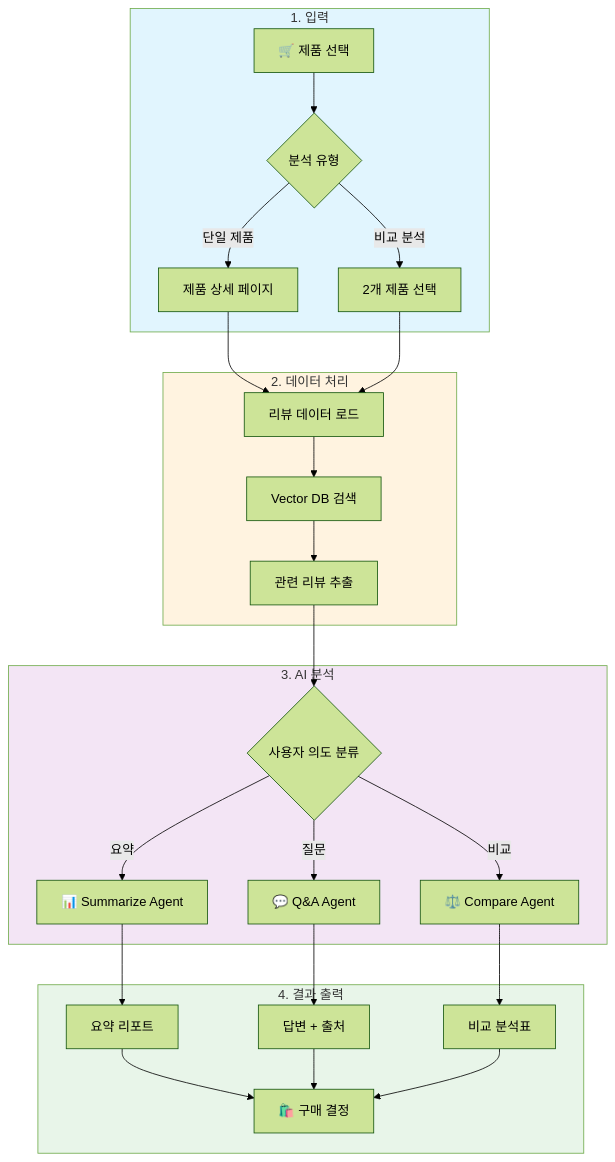
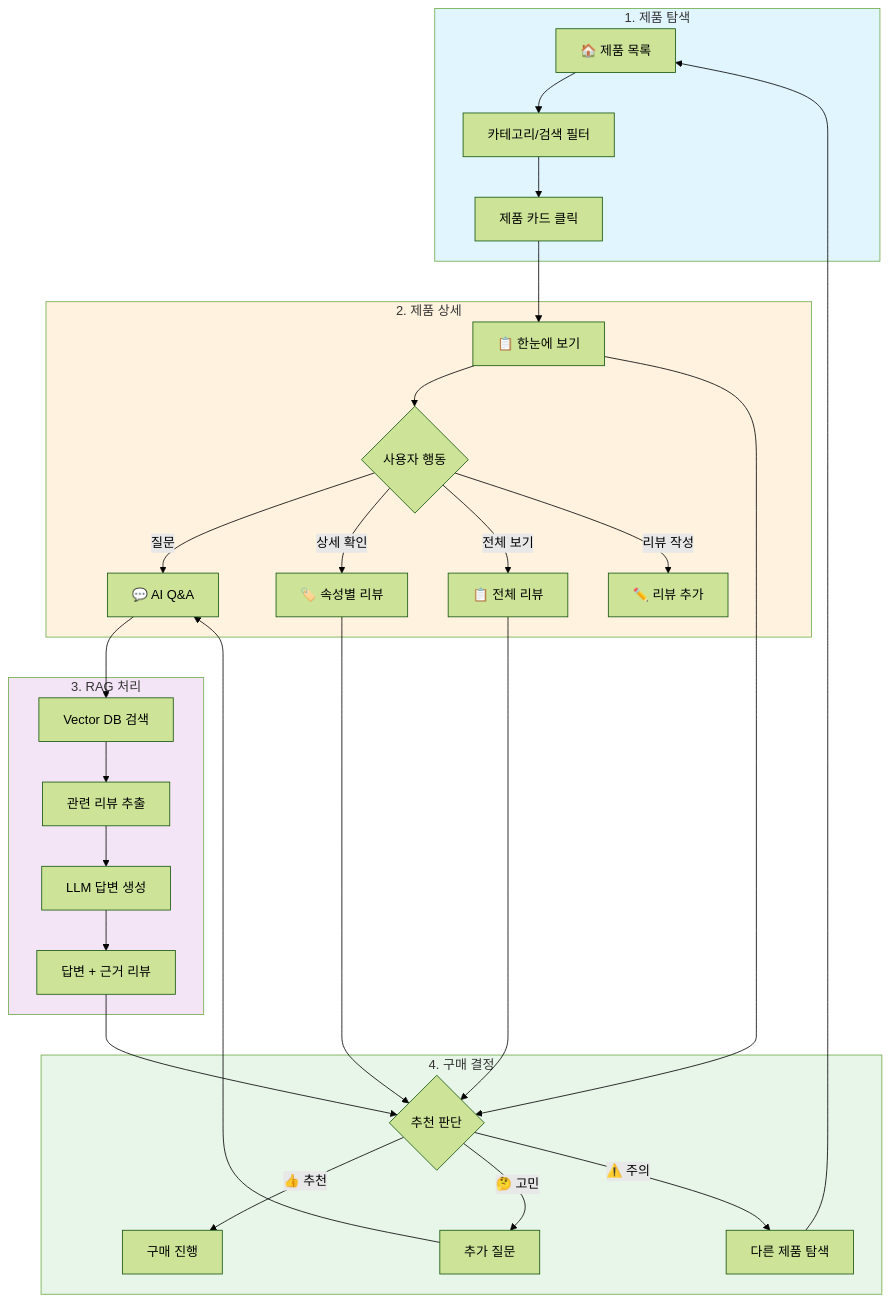
One commit to sammy0329/ai-review-analyst changed the first of 5 diagrams in docs/PRD.md. Above: the diagram before and after it, drawn with Mermaid (forest theme). The commit also changed other lines of this file, not shown here.

````diff
--- a/docs/PRD.md
+++ b/docs/PRD.md
@@ -204,36 +201,40 @@
 ```mermaid
 flowchart TD
-    subgraph Input["1. 입력"]
-        A[🛒 제품 선택] --> B{분석 유형}
-        B -->|단일 제품| C[제품 상세 페이지]
-        B -->|비교 분석| D[2개 제품 선택]
+    subgraph Browse["1. 제품 탐색"]
+        A[🏠 제품 목록] --> B[카테고리/검색 필터]
+        B --> C[제품 카드 클릭]
     end
 
-    subgraph Processing["2. 데이터 처리"]
-        C --> E[리뷰 데이터 로드]
-        D --> E
-        E --> F[Vector DB 검색]
-        F --> G[관련 리뷰 추출]
+    subgraph Detail["2. 제품 상세"]
+        C --> D[📋 한눈에 보기]
+        D --> E{사용자 행동}
+        E -->|질문| F[💬 AI Q&A]
+        E -->|상세 확인| G[🏷️ 속성별 리뷰]
+        E -->|전체 보기| H[📋 전체 리뷰]
+        E -->|리뷰 작성| I[✏️ 리뷰 추가]
     end
 
-    subgraph Analysis["3. AI 분석"]
-        G --> H{사용자 의도 분류}
-        H -->|요약| I[📊 Summarize Agent]
-        H -->|질문| J[💬 Q&A Agent]
-        H -->|비교| K[⚖️ Compare Agent]
+    subgraph RAG["3. RAG 처리"]
+        F --> J[Vector DB 검색]
+        J --> K[관련 리뷰 추출]
+        K --> L[LLM 답변 생성]
+        L --> M[답변 + 근거 리뷰]
     end
 
-    subgraph Output["4. 결과 출력"]
-        I --> L[요약 리포트]
-        J --> M[답변 + 출처]
-        K --> N[비교 분석표]
-        L --> O[🛍️ 구매 결정]
-        M --> O
-        N --> O
+    subgraph Decision["4. 구매 결정"]
+        D --> N{추천 판단}
+        M --> N
+        G --> N
+        H --> N
+        N -->|👍 추천| O[구매 진행]
+        N -->|🤔 고민| P[추가 질문]
+        N -->|⚠️ 주의| Q[다른 제품 탐색]
+        P --> F
+        Q --> A
     end
 
-    style Input fill:#e1f5fe
-    style Processing fill:#fff3e0
-    style Analysis fill:#f3e5f5
-    style Output fill:#e8f5e9
+    style Browse fill:#e1f5fe
+    style Detail fill:#fff3e0
+    style RAG fill:#f3e5f5
+    style Decision fill:#e8f5e9
 ```
````
